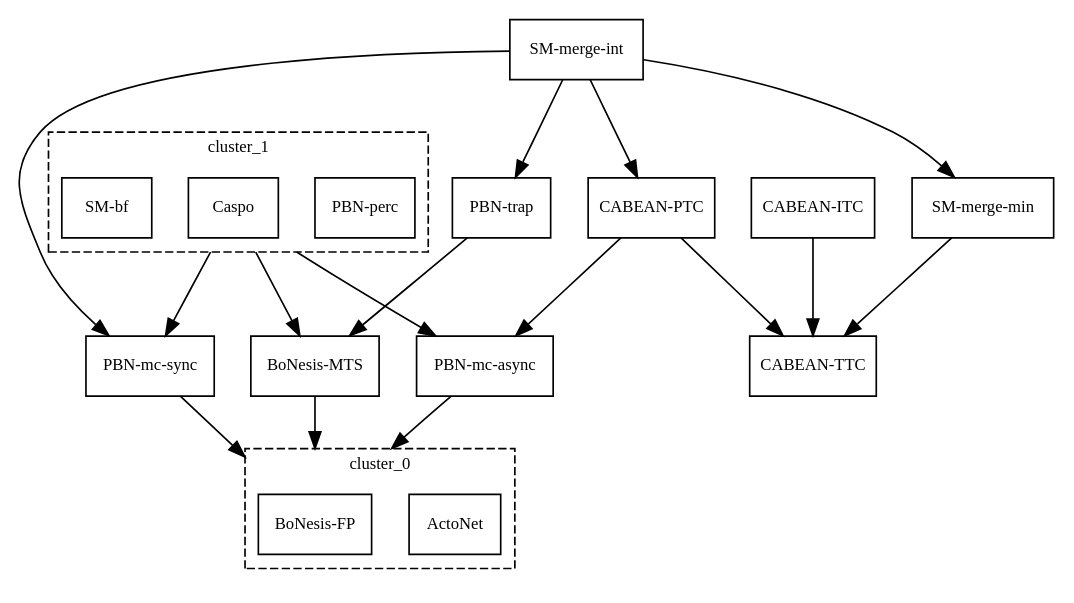
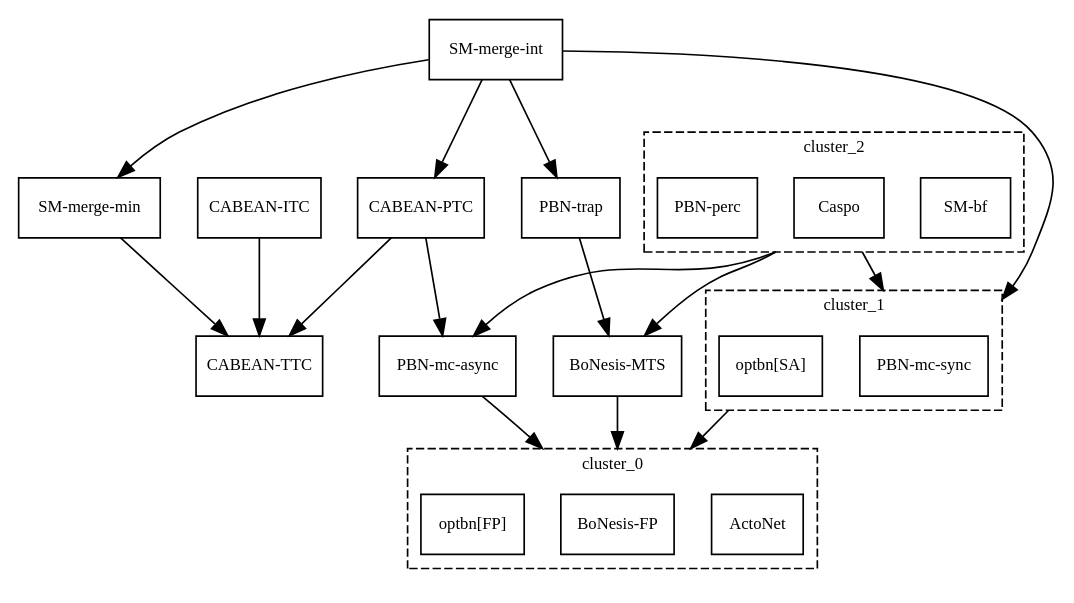
The diagram in experiments/results/_summary_tred.dot (kalebmoon07/BN-control-taxonomy), drawn with Graphviz before and after one commit. The commit also changed 30 other files, not shown here.

```diff
--- a/experiments/results/_summary_tred.dot
+++ b/experiments/results/_summary_tred.dot
@@ -1,44 +1,51 @@
 strict digraph G {
 graph [fontsize=10, fontname=Verdana, compound=true];
 node [shape=record, fontsize=10, fontname=Verdana];
 graph [nodesep=0.3, ranksep=0.8];
 subgraph cluster_0 {
 label="cluster_0";
 graph [style=dashed, color=black];
 ActoNet;
 "BoNesis-FP";
+"optbn[FP]";
 }
 
 subgraph cluster_1 {
 label="cluster_1";
 graph [style=dashed, color=black];
+"PBN-mc-sync";
+"optbn[SA]";
+}
+
+subgraph cluster_2 {
+label="cluster_2";
+graph [style=dashed, color=black];
+"SM-bf";
+Caspo;
 "PBN-perc";
-Caspo;
-"SM-bf";
 }
 
 "BoNesis-MTS";
 "CABEAN-ITC";
 "CABEAN-PTC";
 "CABEAN-TTC";
 "PBN-mc-async";
-"PBN-mc-sync";
 "PBN-trap";
 "SM-merge-int";
 "SM-merge-min";
 "BoNesis-MTS" -> "BoNesis-FP" [lhead="cluster_0"];
 "CABEAN-ITC" -> "CABEAN-TTC";
 "CABEAN-PTC" -> "CABEAN-TTC";
 "CABEAN-PTC" -> "PBN-mc-async";
 "PBN-mc-async" -> "BoNesis-FP" [lhead="cluster_0"];
-"PBN-mc-sync" -> "BoNesis-FP" [lhead="cluster_0"];
 "PBN-trap" -> "BoNesis-MTS";
 "SM-merge-int" -> "CABEAN-PTC";
-"SM-merge-int" -> "PBN-mc-sync";
+"SM-merge-int" -> "PBN-mc-sync" [lhead="cluster_1"];
 "SM-merge-int" -> "PBN-trap";
 "SM-merge-int" -> "SM-merge-min";
 "SM-merge-min" -> "CABEAN-TTC";
-Caspo -> "BoNesis-MTS" [ltail="cluster_1"];
-Caspo -> "PBN-mc-async" [ltail="cluster_1"];
-Caspo -> "PBN-mc-sync" [ltail="cluster_1"];
+"optbn[SA]" -> "BoNesis-FP" [ltail="cluster_1", lhead="cluster_0"];
+Caspo -> "BoNesis-MTS" [ltail="cluster_2"];
+Caspo -> "PBN-mc-async" [ltail="cluster_2"];
+Caspo -> "PBN-mc-sync" [ltail="cluster_2", lhead="cluster_1"];
 }
```
